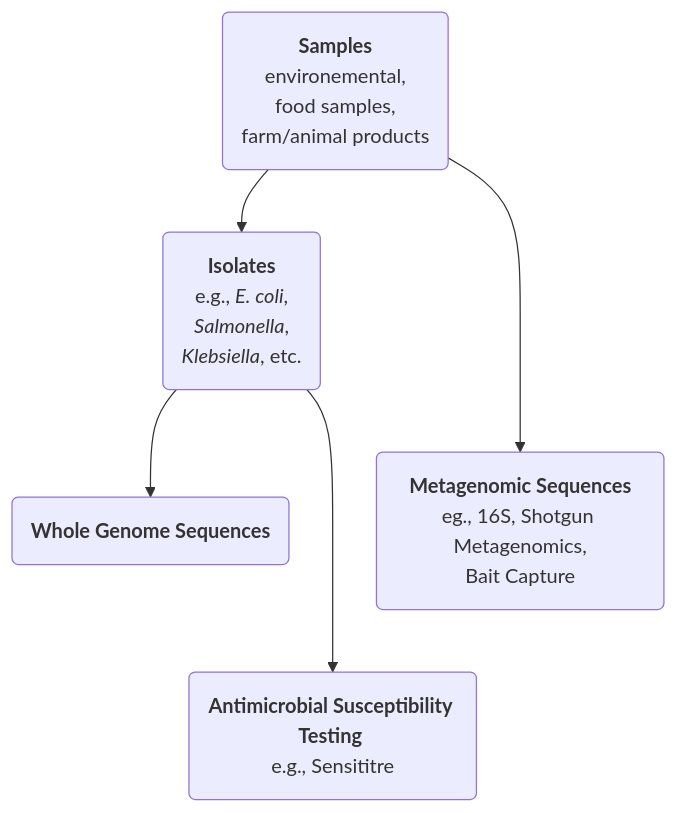
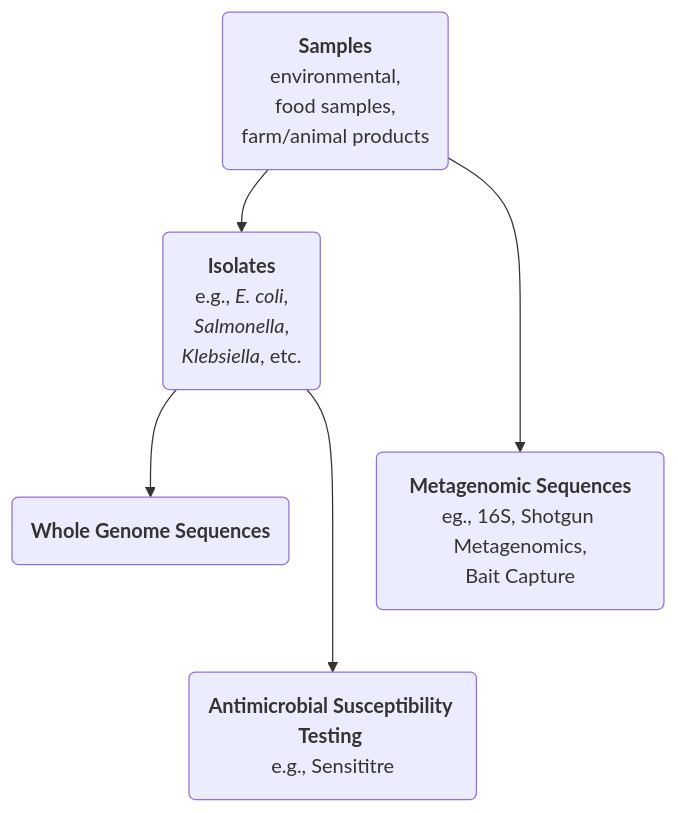
One commit to grdi-amr/docs-and-SOPs changed the first of 2 diagrams in metadata_standards_sop.md. Above: the diagram before and after it, drawn with Mermaid. The commit also changed other lines of this file, not shown here.

Commit message:
testing mermaid new syntax

````diff
--- a/metadata_standards_sop.md
+++ b/metadata_standards_sop.md
@@ -45,21 +45,21 @@
 ```mermaid
 graph TD;
 
 sam("`**Samples**
-     environemental,
+     environmental,
      food samples,
      farm/animal products`") -->
 iso("`**Isolates**
      e.g., _E. coli_,
      _Salmonella_,
      _Klebsiella_, etc.`") -->
 wgs("`**Whole Genome Sequences**`")
 sam --->
 mtg("`**Metagenomic Sequences**
      eg., 16S, Shotgun Metagenomics,
      Bait Capture`")
 iso --->
 ast("`**Antimicrobial Susceptibility Testing** 
      e.g., Sensititre`")
 
 ```
````
